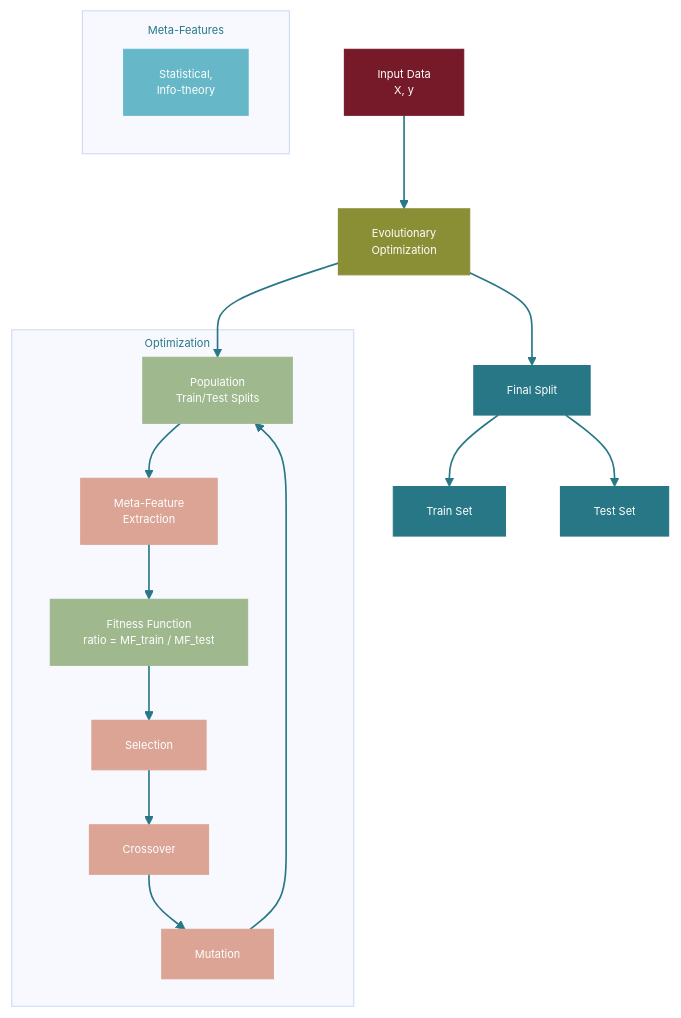
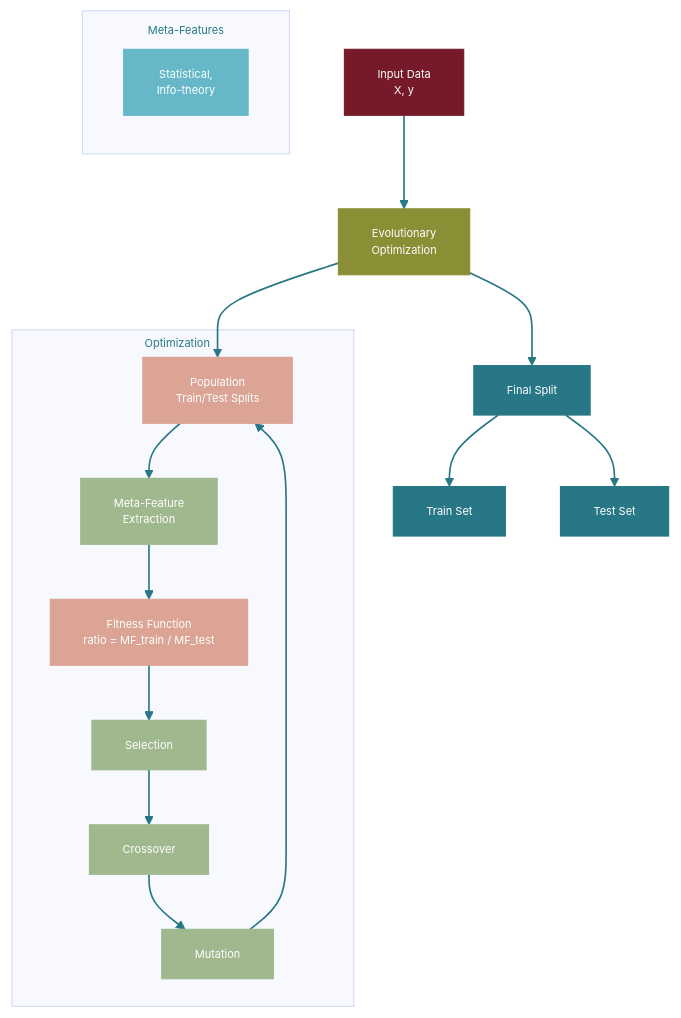
One commit to ITMO-NSS-team/OOD_Tab_Evaluation changed the first of 2 diagrams in README.md. Above: the diagram before and after it, drawn with Mermaid. The commit also changed other lines of this file, not shown here.

````diff
--- a/README.md
+++ b/README.md
@@ -61,37 +61,37 @@
 ```mermaid
 %%{init: {'theme': 'base', 'themeVariables': { 'fontSize': '10px' }}}%%
 graph TD
     A[Input Data<br/>X, y] --> C[Evolutionary<br/>Optimization]
     
     subgraph Meta-Features["<div style='text-align: center; margin-top: 10px; color:#287786;'>Meta-Features</div>"]
         D["Statistical,<br/>Info-theory"]
     end
     
     subgraph Optimization["<div style='text-align: right; margin-top: 5px; margin-right: 10px; color:#287786; '>Optimization</div>"]
         E["Population<br/>Train/Test Splits"] --> F["Meta-Feature<br/>Extraction"]
         F --> G["Fitness Function<br/>ratio = MF_train / MF_test"]
         G --> H["Selection"]
         H --> I["Crossover"]
         I --> J["Mutation"]
         J --> E
     end
     
     C --> E
     C --> K["Final Split"]
     K --> L["Train Set"] & M["Test Set"]
     
     style A fill:#761A29,stroke:#761A29,stroke-width:1px,color:#fff
     style C fill:#8A8F35,stroke:#8A8F35,stroke-width:1px,color:#fff
     style K fill:#287786,stroke:#287786,stroke-width:1px,color:#fff
     style L fill:#287786,stroke:#287786,stroke-width:1px,color:#fff
     style M fill:#287786,stroke:#287786,stroke-width:1px,color:#fff
     style D fill:#66B8C8,stroke:#66B8C8,stroke-width:1px,color:#fff
-    style E fill:#9FB88E,stroke:#9FB88E,stroke-width:1px,color:#fff
-    style F fill:#DBA494,stroke:#DBA494,stroke-width:1px,color:#fff
-    style G fill:#9FB88E,stroke:#9FB88E,stroke-width:1px,color:#fff
-    style H fill:#DBA494,stroke:#DBA494,stroke-width:1px,color:#fff
-    style I fill:#DBA494,stroke:#DBA494,stroke-width:1px,color:#fff
-    style J fill:#DBA494,stroke:#DBA494,stroke-width:1px,color:#fff
+    style E fill:#DBA494,stroke:#DBA494,stroke-width:1px,color:#fff
+    style F fill:#9FB88E,stroke:#9FB88E,stroke-width:1px,color:#fff
+    style G fill:#DBA494,stroke:#DBA494,stroke-width:1px,color:#fff
+    style H fill:#9FB88E,stroke:#9FB88E,stroke-width:1px,color:#fff
+    style I fill:#9FB88E,stroke:#9FB88E,stroke-width:1px,color:#fff
+    style J fill:#9FB88E,stroke:#9FB88E,stroke-width:1px,color:#fff
     
     linkStyle default stroke:#287786,stroke-width:1.5px
 ```
````
